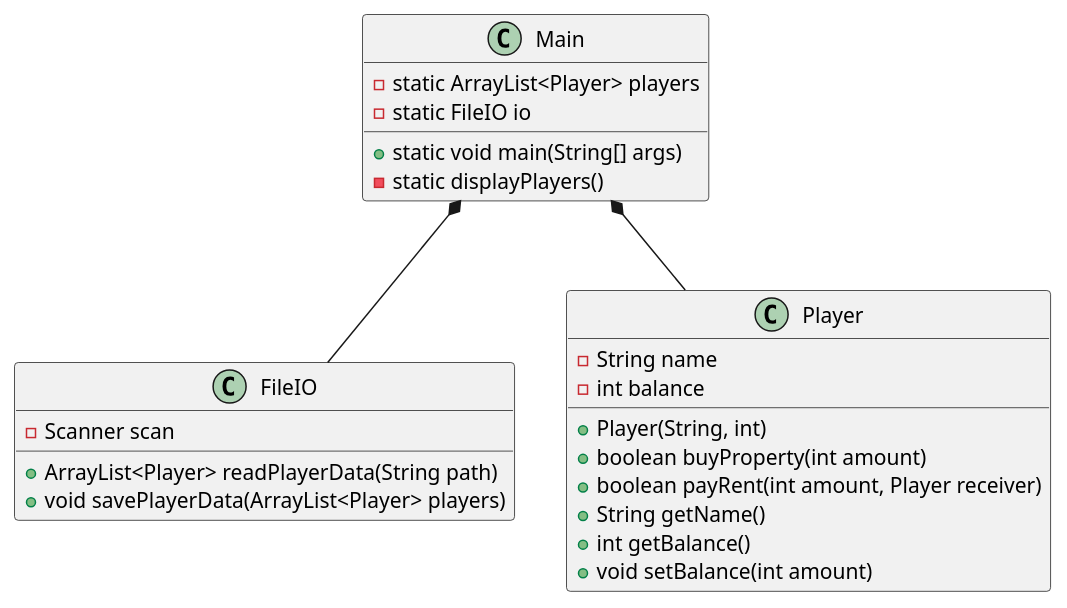
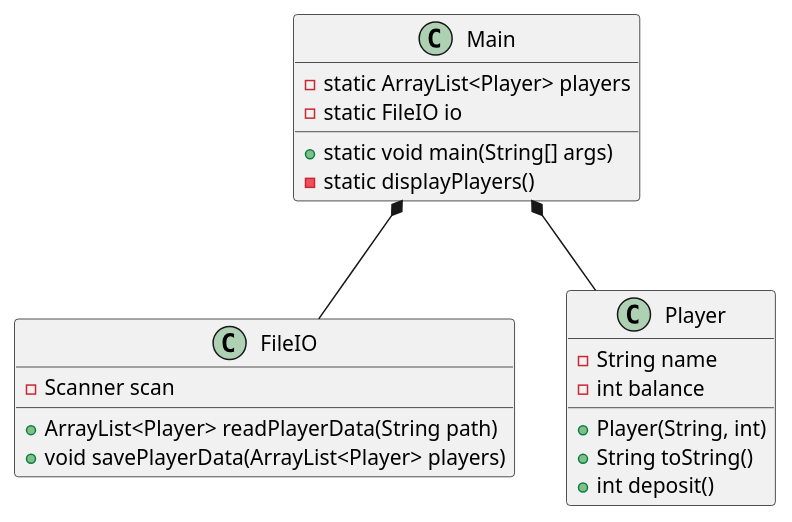
The diagram in Doc/classdiagram_1.puml (afstengaard/Files), drawn with PlantUML before and after one commit. The commit also changed 2 other files, not shown here.

Commit message:
diagrams

```diff
--- a/Doc/classdiagram_1.puml
+++ b/Doc/classdiagram_1.puml
@@ -1,36 +1,33 @@
 @startuml
 'https://plantuml.com/class-diagram
 class FileIO
 class Player
 class Main
 
 Main *-- Player
 Main *-- FileIO
 
 class Main{
 - static ArrayList<Player> players
 - static FileIO io
 + static void main(String[] args)
 - static displayPlayers()
 }
 
 
 
-class FileIO {
-- Scanner scan
-+ ArrayList<Player> readPlayerData(String path)
-+ void savePlayerData(ArrayList<Player> players)
-}
 
-class Player{
-- String name
-- int balance
-+ Player(String, int)
-+ boolean buyProperty(int amount)
-+ boolean payRent(int amount, Player receiver)
-+ String getName()
-+ int getBalance()
-+ void setBalance(int amount)
-}
+ FileIO : - Scanner scan
+ FileIO : + ArrayList<Player> readPlayerData(String path)
+ FileIO : + void savePlayerData(ArrayList<Player> players)
+
+
+
+Player  : - String name
+Player  : - int balance
+Player  : + Player(String, int)
+Player  : + String toString()
+Player  : + int deposit()
+
 
 @enduml
```
